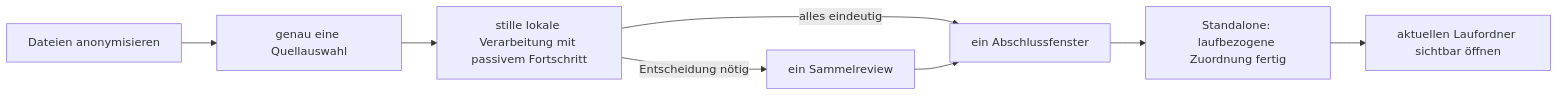
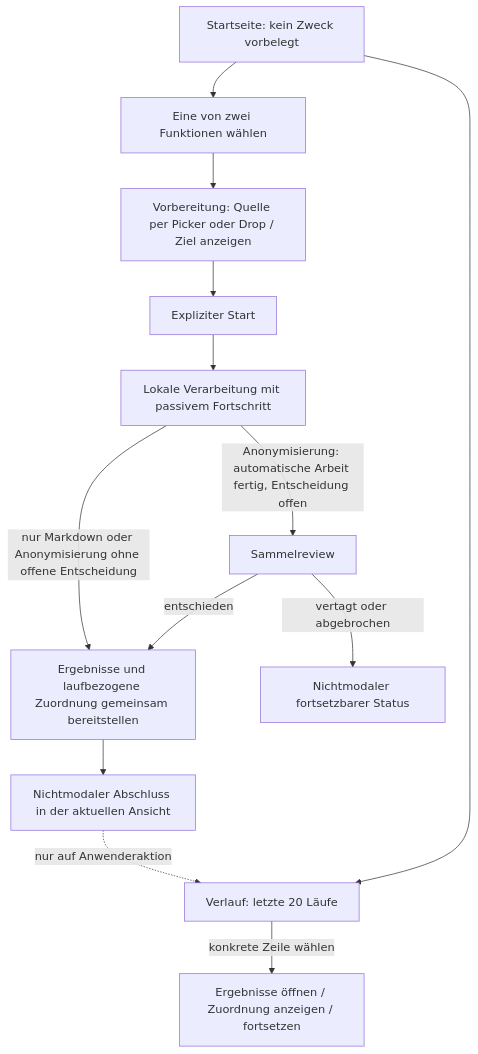
Diagram 12 of 15 in docs/canonical/UML_ARCHITECTURE.md (renepuhlmannarbeit/msg_gbh_DataSecure), drawn with Mermaid before and after one commit. The commit also changed other lines of this file and 185 other files, not shown here.

````diff
--- a/docs/canonical/UML_ARCHITECTURE.md
+++ b/docs/canonical/UML_ARCHITECTURE.md
@@ -446,10 +503,15 @@
 ```mermaid
-flowchart LR
-  Start[Dateien anonymisieren] --> Pick[genau eine Quellauswahl]
-  Pick --> Work[stille lokale Verarbeitung mit passivem Fortschritt]
-  Work -->|alles eindeutig| Done[ein Abschlussfenster]
-  Work -->|Entscheidung nötig| Review[ein Sammelreview]
-  Review --> Done
-  Done --> Map[Standalone: laufbezogene Zuordnung fertig]
-  Map --> Open[aktuellen Laufordner sichtbar öffnen]
+flowchart TD
+  Home[Startseite: kein Zweck vorbelegt] --> Purpose[Eine von zwei Funktionen wählen]
+  Purpose --> Pick[Vorbereitung: Quelle per Picker oder Drop / Ziel anzeigen]
+  Pick --> Start[Expliziter Start]
+  Start --> Work[Lokale Verarbeitung mit passivem Fortschritt]
+  Work -->|nur Markdown oder Anonymisierung ohne offene Entscheidung| Map[Ergebnisse und laufbezogene Zuordnung gemeinsam bereitstellen]
+  Work -->|Anonymisierung: automatische Arbeit fertig, Entscheidung offen| Review[Sammelreview]
+  Review -->|entschieden| Map
+  Review -->|vertagt oder abgebrochen| Paused[Nichtmodaler fortsetzbarer Status]
+  Map --> Done[Nichtmodaler Abschluss in der aktuellen Ansicht]
+  Home --> History[Verlauf: letzte 20 Läufe]
+  Done -.->|nur auf Anwenderaktion| History
+  History -->|konkrete Zeile wählen| Open[Ergebnisse öffnen / Zuordnung anzeigen / fortsetzen]
 ```
````
